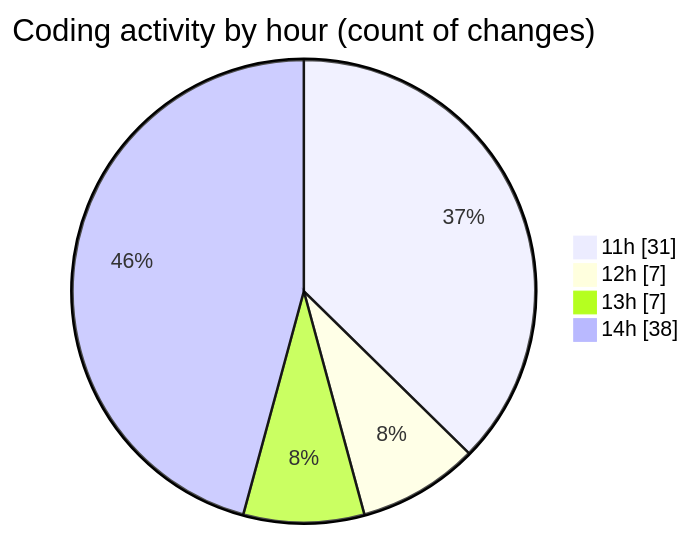
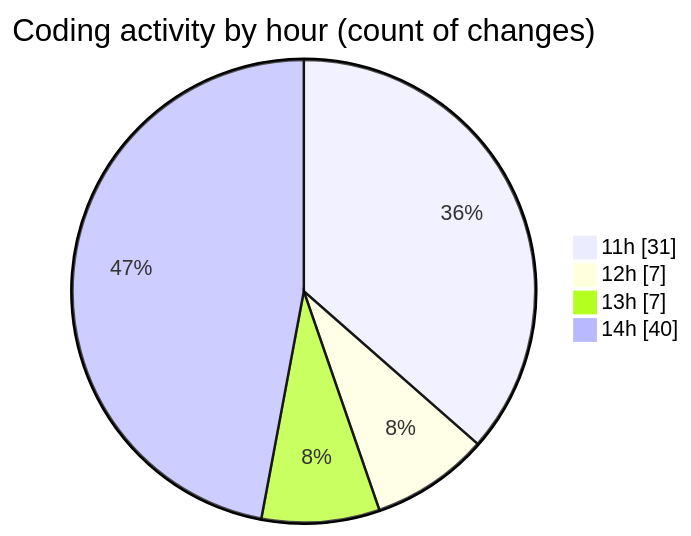
The second of 2 diagrams in 2025-07-23/nxtqube_webapp/README.md (nxtqubesakshisongat/code-tracking), drawn with Mermaid before and after one commit. The commit also changed other lines of this file and 1 other file, not shown here.

````diff
--- a/2025-07-23/nxtqube_webapp/README.md
+++ b/2025-07-23/nxtqube_webapp/README.md
@@ -51,8 +51,8 @@
 ```mermaid
 pie showData
 title Coding activity by hour (count of changes)
 "11h" : 31
 "12h" : 7
 "13h" : 7
-"14h" : 38
+"14h" : 40
 ```
````
